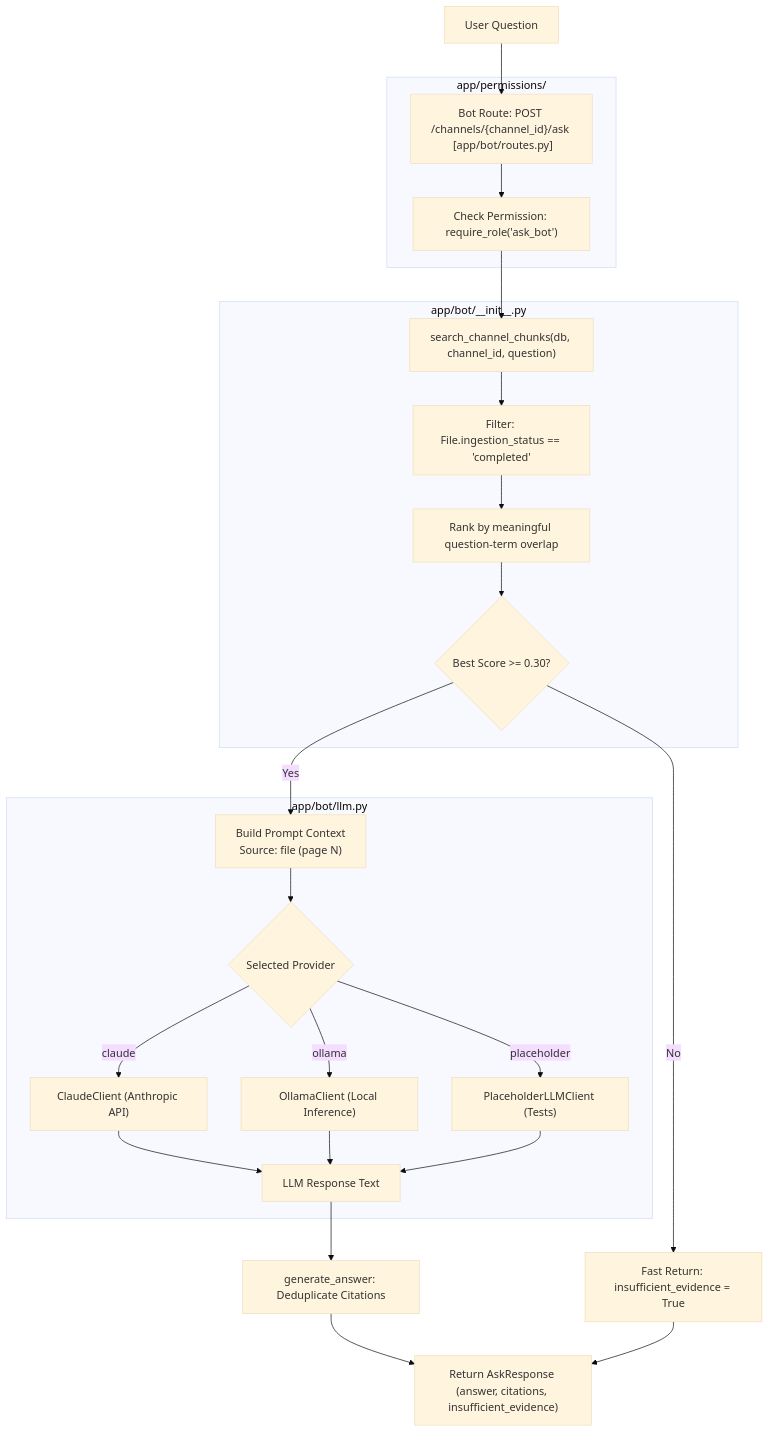
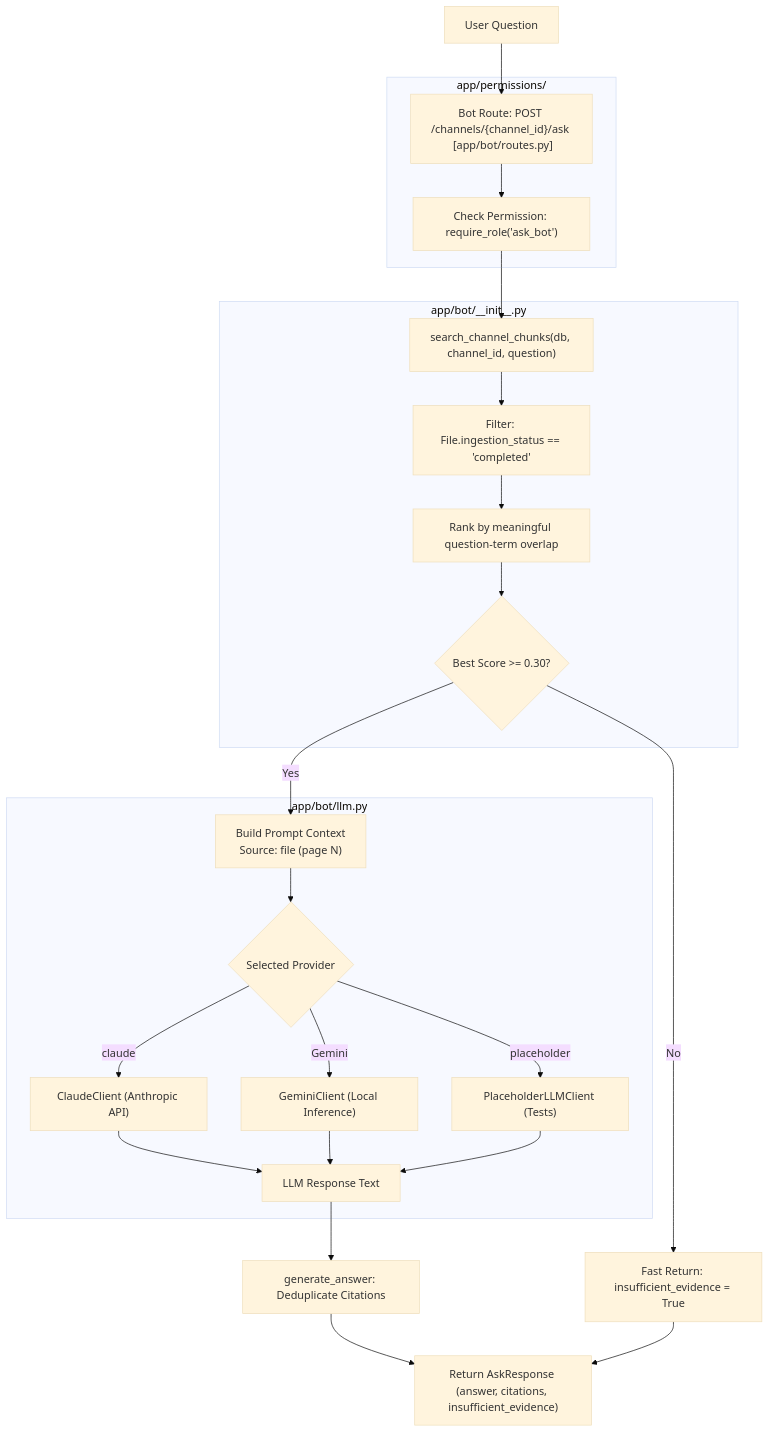
The diagram in docs/modules/bot.md (Ahmed-Elnaggar1/Working_Space), drawn with Mermaid (base theme) before and after one commit. The commit also changed other lines of this file and 10 other files, not shown here.

Commit message:
refactor: migrate LLM provider from Ollama to Gemini API

````diff
--- a/docs/modules/bot.md
+++ b/docs/modules/bot.md
@@ -14,30 +14,30 @@
 ```mermaid
 flowchart TD
     A[User Question] --> B["Bot Route: POST /channels/{channel_id}/ask <br> [app/bot/routes.py]"]
 
     subgraph Authorization ["app/permissions/"]
         B --> C["Check Permission: require_role('ask_bot')"]
     end
 
     subgraph Retrieval Pipeline ["app/bot/__init__.py"]
         C --> D["search_channel_chunks(db, channel_id, question)"]
       D --> E["Filter: File.ingestion_status == 'completed'"]
       E --> F["Rank by meaningful question-term overlap"]
       F --> G{"Best Score >= 0.30?"}
     end
 
     G -- No --> I["Fast Return: insufficient_evidence = True"]
 
     subgraph LLM Generation ["app/bot/llm.py"]
       G -- Yes --> J["Build Prompt Context <br> Source: file (page N)"]
         J --> K{"Selected Provider"}
         K -- claude --> L["ClaudeClient (Anthropic API)"]
-        K -- ollama --> M["OllamaClient (Local Inference)"]
+        K -- Gemini --> M["GeminiClient (Local Inference)"]
         K -- placeholder --> N["PlaceholderLLMClient (Tests)"]
         L & M & N --> O["LLM Response Text"]
     end
 
     O --> P["generate_answer: Deduplicate Citations"]
     P --> Q["Return AskResponse (answer, citations, insufficient_evidence)"]
     I --> Q
 ```
````
